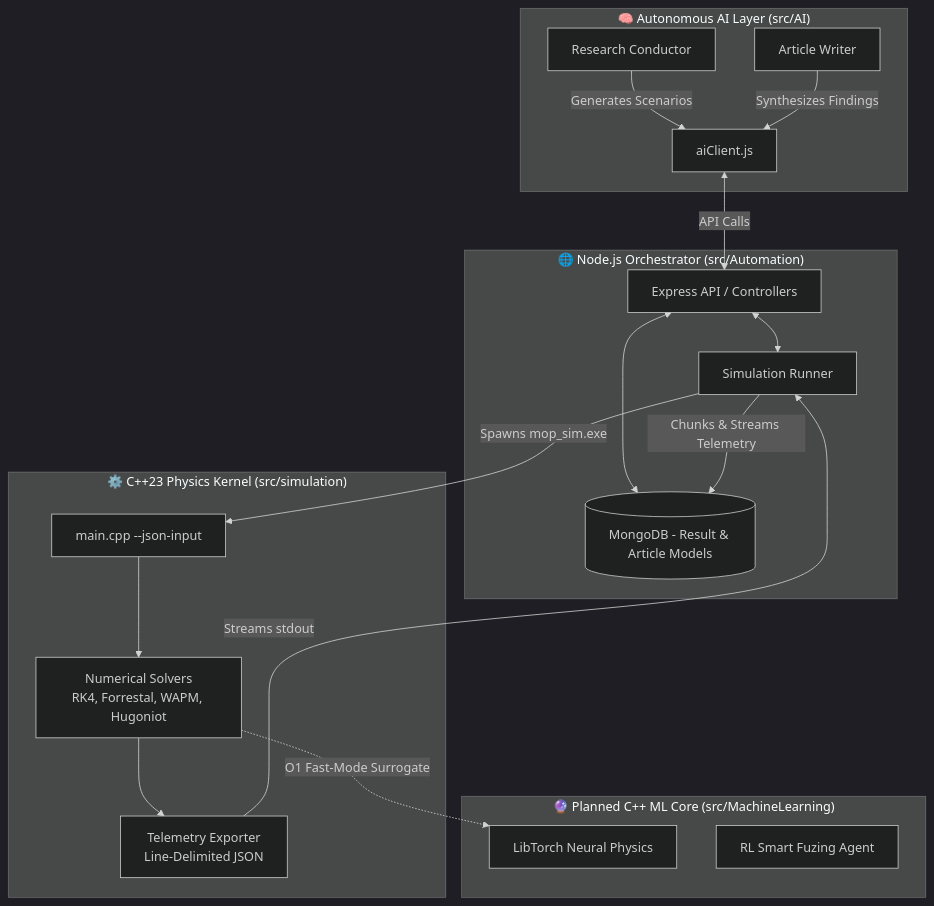
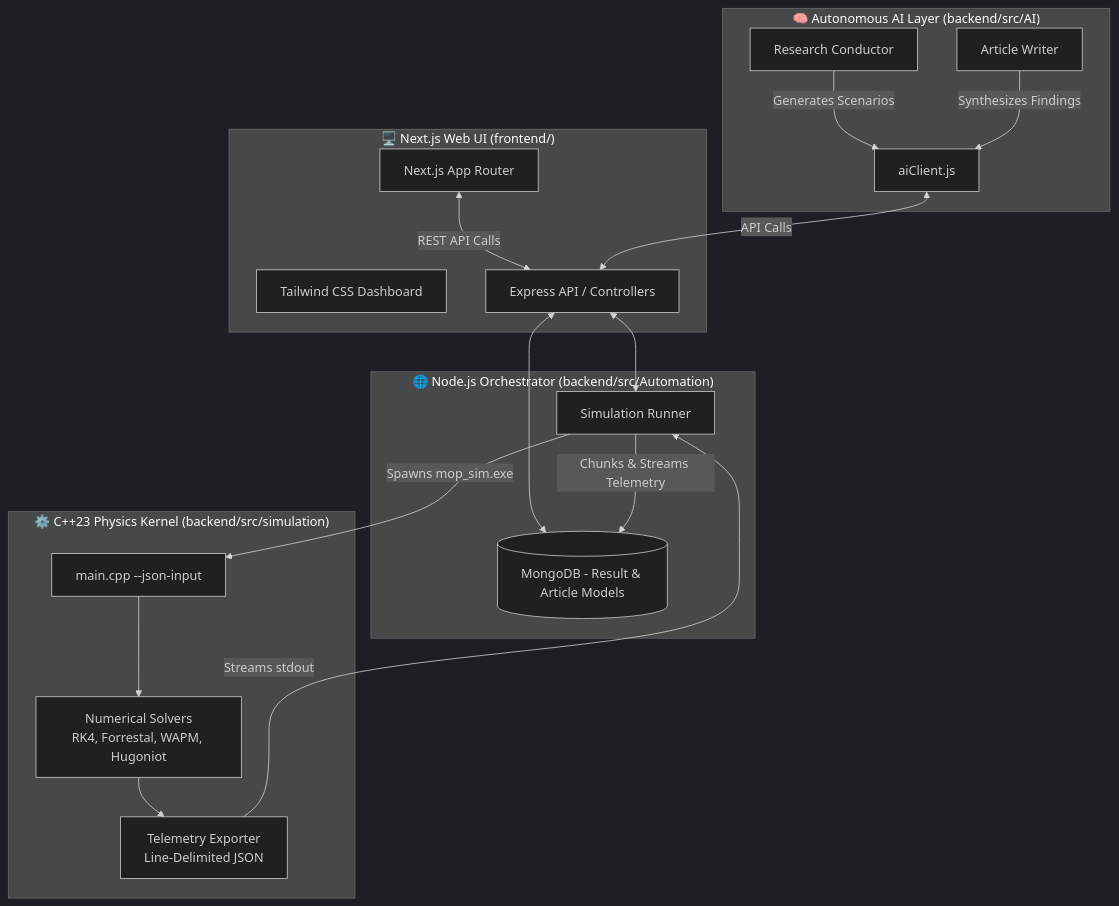
Before and after one commit to omid2007hope/MOP-Simulator: the first of 2 diagrams in README.md, drawn with Mermaid (dark theme). The commit also changed other lines of this file, not shown here.

Commit message:
docs: update README with Next.js architecture, path restructuring, and installation instructions

````diff
--- a/README.md
+++ b/README.md
@@ -66,33 +42,33 @@
 ```mermaid
 flowchart TD
-    subgraph AILayer["🧠 Autonomous AI Layer (src/AI)"]
-        A1[Research Conductor] -->|Generates Scenarios| A2[aiClient.js]
-        A3[Article Writer] -->|Synthesizes Findings| A2
+    subgraph Frontend["🖥️ Next.js Web UI (frontend/)"]
+        UI1[Next.js App Router]
+        UI2[Tailwind CSS Dashboard]
+        UI1 <-->|REST API Calls| N1
     end
 
-    subgraph NodeLayer["🌐 Node.js Orchestrator (src/Automation)"]
+    subgraph NodeLayer["🌐 Node.js Orchestrator (backend/src/Automation)"]
         N1[Express API / Controllers]
         N2[Simulation Runner]
         N3[(MongoDB - Result & Article Models)]
-        A2 <-->|API Calls| N1
         N1 <--> N2
         N1 <--> N3
         N2 -->|Chunks & Streams Telemetry| N3
     end
 
-    subgraph CppLayer["⚙️ C++23 Physics Kernel (src/simulation)"]
+    subgraph AILayer["🧠 Autonomous AI Layer (backend/src/AI)"]
+        A1[Research Conductor] -->|Generates Scenarios| A2[aiClient.js]
+        A3[Article Writer] -->|Synthesizes Findings| A2
+        A2 <-->|API Calls| N1
+    end
+
+    subgraph CppLayer["⚙️ C++23 Physics Kernel (backend/src/simulation)"]
         C1[main.cpp --json-input]
         C2[Numerical Solvers<br/>RK4, Forrestal, WAPM, Hugoniot]
         C3[Telemetry Exporter<br/>Line-Delimited JSON]
         N2 -->|Spawns mop_sim.exe| C1
         C1 --> C2
         C2 --> C3
         C3 -->|Streams stdout| N2
     end
-
-    subgraph FutureMLLayer["🔮 Planned C++ ML Core (src/MachineLearning)"]
-        ML1[LibTorch Neural Physics]
-        ML2[RL Smart Fuzing Agent]
-        C2 -.->|O1 Fast-Mode Surrogate| ML1
-    end
 ```
````
